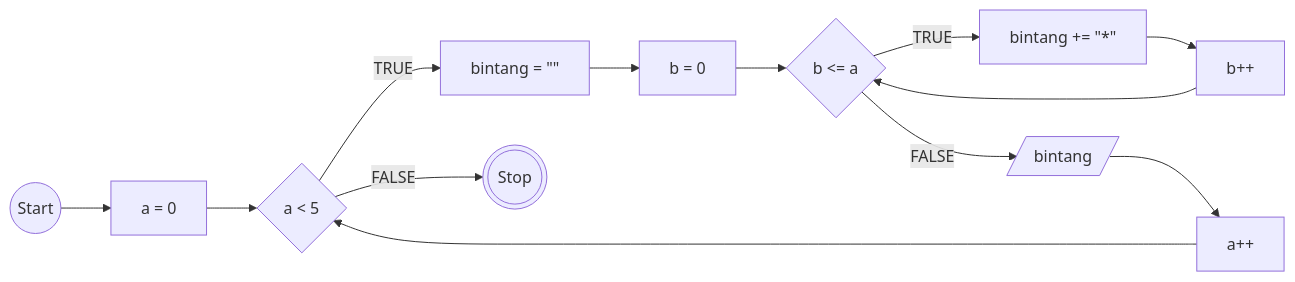
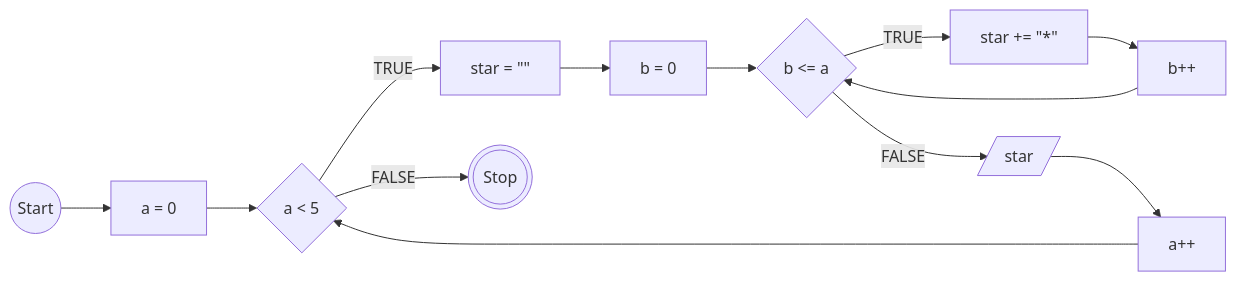
The second of 2 diagrams in README.md (ktsrqsdev/koda-b10-javascript3), drawn with Mermaid before and after one commit.

````diff
--- a/README.md
+++ b/README.md
@@ -42,29 +42,29 @@
 ```mermaid
     flowchart LR
     A@{ shape: circle, label: "Start" }
 
     C@{ shape: rect, label: "a = 0" }
     D@{ shape: diamond, label: "a < 5" }
-    E@{ shape: rect, label: "bintang = #quot;#quot;" }
+    E@{ shape: rect, label: "star = #quot;#quot;" }
 
     F@{ shape: rect, label: "b = 0" }
     G@{ shape: diamond, label: "b <= a" }
-    H@{ shape: rect, label: "bintang += #quot;*#quot;" }
+    H@{ shape: rect, label: "star += #quot;*#quot;" }
     I@{ shape: rect, label: "b++" }
     J@{ shape: rect, label: "a++" }
-    K@{ shape: lean-r, label: "bintang" }
+    K@{ shape: lean-r, label: "star" }
     L@{ shape: dbl-circ, label: "Stop" }
 
     A --> C
     C --> D
     D --TRUE--> E
     E --> F
     F --> G
     G --TRUE--> H
     H --> I
     I --> G
     G --FALSE--> K
     K --> J
     J --> D
     D --FALSE--> L
 ```
````
